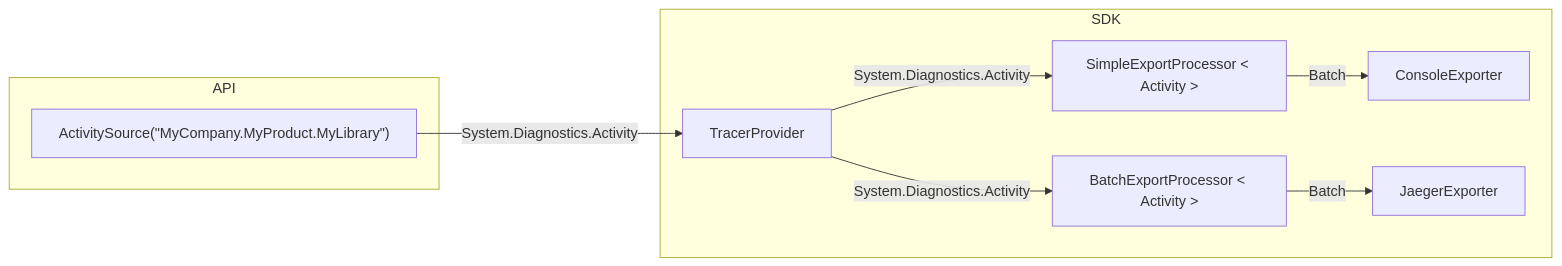
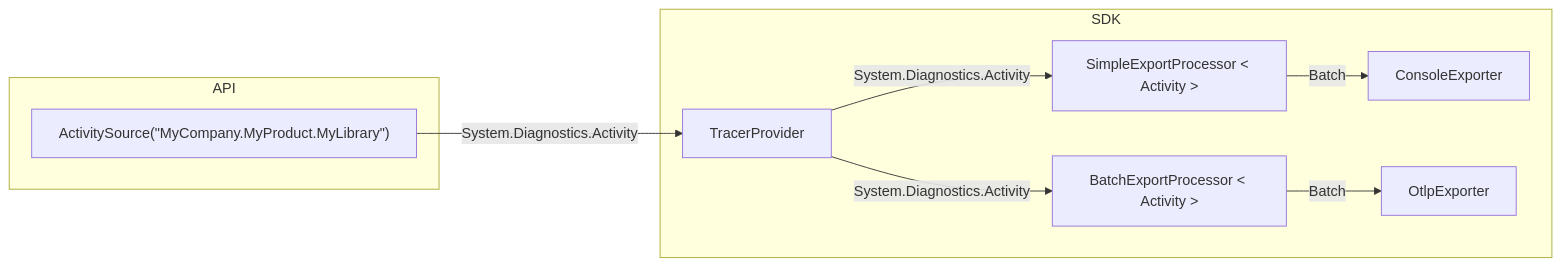
Before and after one commit to open-telemetry/opentelemetry-dotnet: the first of 3 diagrams in docs/trace/getting-started-jaeger/README.md, drawn with Mermaid. The commit also changed other lines of this file and 3 other files, not shown here.

First line of the commit message:
[DOC] Update Jaeger tutorial to use OTLP Exporter (#3940)

````diff
--- a/docs/trace/getting-started-jaeger/README.md
+++ b/docs/trace/getting-started-jaeger/README.md
@@ -82,21 +82,21 @@
 ```mermaid
 graph LR
 
 subgraph SDK
   TracerProvider
   SimpleExportProcessor["SimpleExportProcessor < Activity >"]
   BatchExportProcessor["BatchExportProcessor < Activity >"]
   ConsoleExporter
-  JaegerExporter
+  OtlpExporter
 end
 
 subgraph API
   ActivitySource["ActivitySource(#quot;MyCompany.MyProduct.MyLibrary#quot;)"]
 end
 
 ActivitySource --> | System.Diagnostics.Activity | TracerProvider
 
 TracerProvider --> | System.Diagnostics.Activity | SimpleExportProcessor --> | Batch | ConsoleExporter
 
-TracerProvider --> | System.Diagnostics.Activity | BatchExportProcessor --> | Batch | JaegerExporter
+TracerProvider --> | System.Diagnostics.Activity | BatchExportProcessor --> | Batch | OtlpExporter
 ```
````
